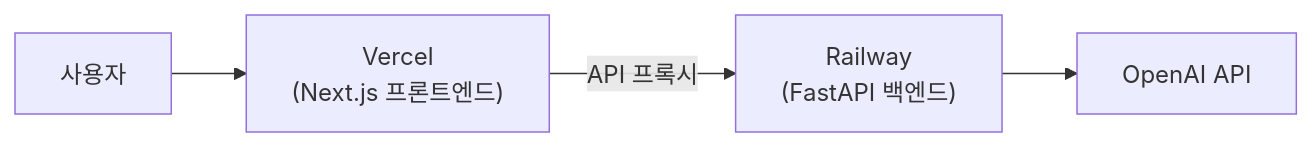
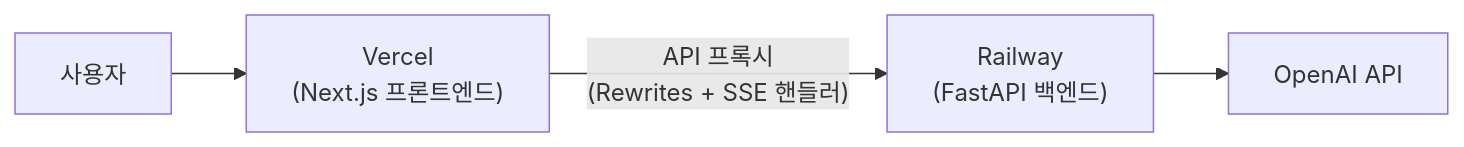
The seventh of 7 diagrams in README.md (ASNGG/cafe24-demo), drawn with Mermaid before and after one commit. The commit also changed other lines of this file and 7 other files, not shown here.

````diff
--- a/README.md
+++ b/README.md
@@ -466,9 +460,9 @@
 ```mermaid
 flowchart LR
     User[사용자]
     Vercel["Vercel<br/>(Next.js 프론트엔드)"]
     Railway["Railway<br/>(FastAPI 백엔드)"]
     OpenAI["OpenAI API"]
 
-    User --> Vercel -->|"API 프록시"| Railway --> OpenAI
+    User --> Vercel -->|"API 프록시<br/>(Rewrites + SSE 핸들러)"| Railway --> OpenAI
 ```
````
